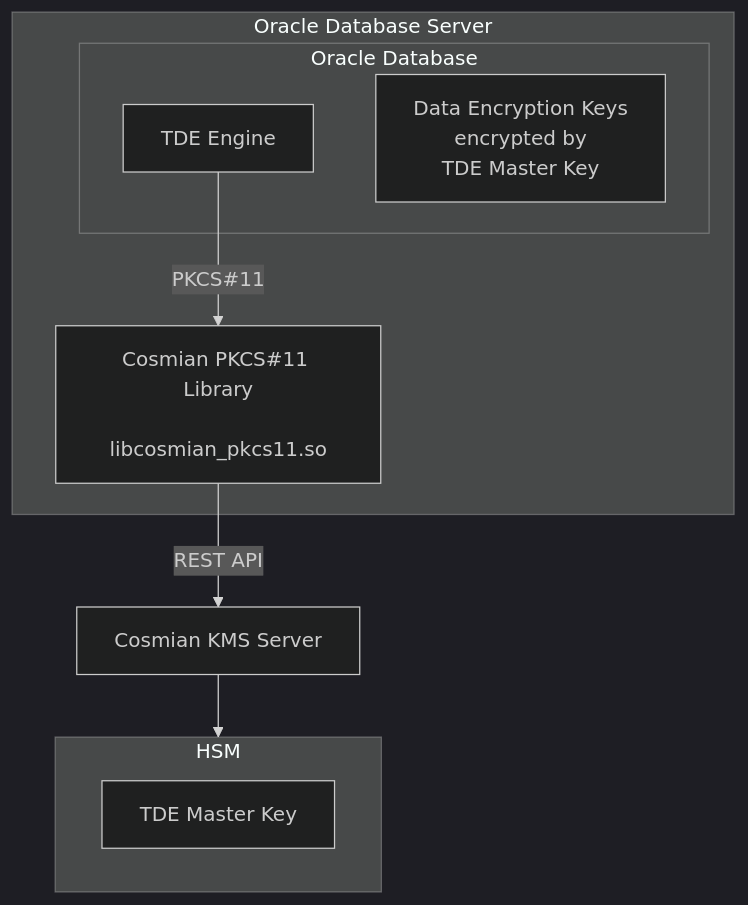
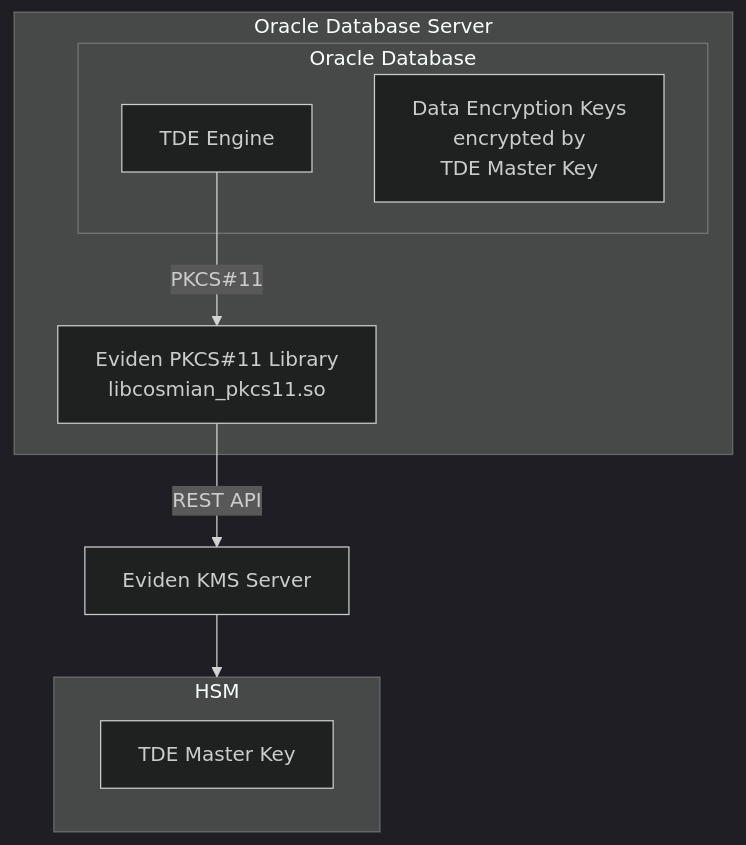
The second of 2 diagrams in documentation/docs/integrations/databases/oracle_tde.md (Cosmian/kms), drawn with Mermaid (dark theme) before and after one commit. The commit also changed other lines of this file and 192 other files, not shown here.

First line of the commit message:
feat: rebrand UI and documentation from Cosmian to Eviden (#945)

````diff
--- a/documentation/docs/integrations/databases/oracle_tde.md
+++ b/documentation/docs/integrations/databases/oracle_tde.md
@@ -112,19 +112,19 @@
 ```mermaid
 graph TD
     subgraph oracle_server[Oracle Database Server]
         subgraph oracle_db[Oracle Database]
             tde_engine[TDE Engine]
             dek[Data Encryption Keys
             encrypted by
             TDE Master Key]
         end
-        pkcs11[Cosmian PKCS#11 Library
+        pkcs11[Eviden PKCS#11 Library
         libcosmian_pkcs11.so]
     end
     tde_engine -- PKCS#11 --> pkcs11
-    pkcs11 -- REST API --> KMS[Cosmian KMS Server]
+    pkcs11 -- REST API --> KMS[Eviden KMS Server]
     KMS --> HSM
     subgraph HSM[HSM]
         master_key[TDE Master Key]
     end
 ```
````
